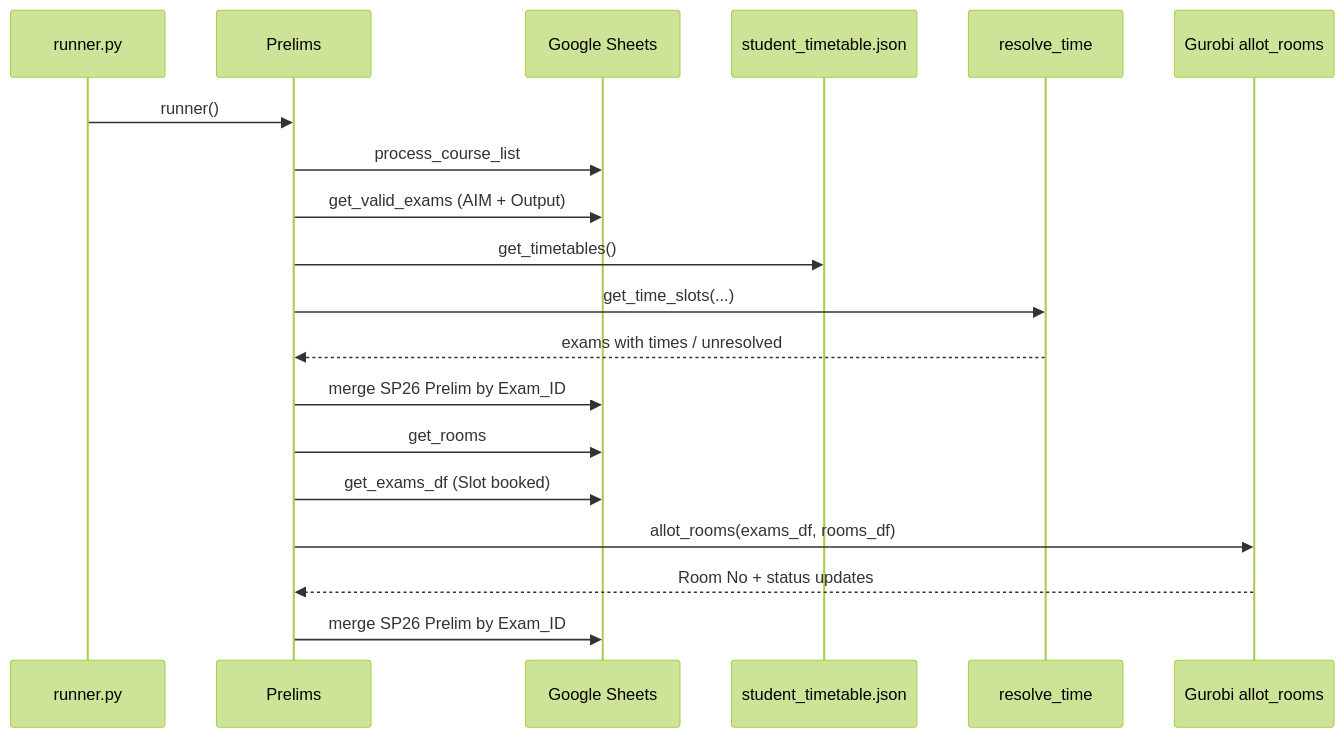
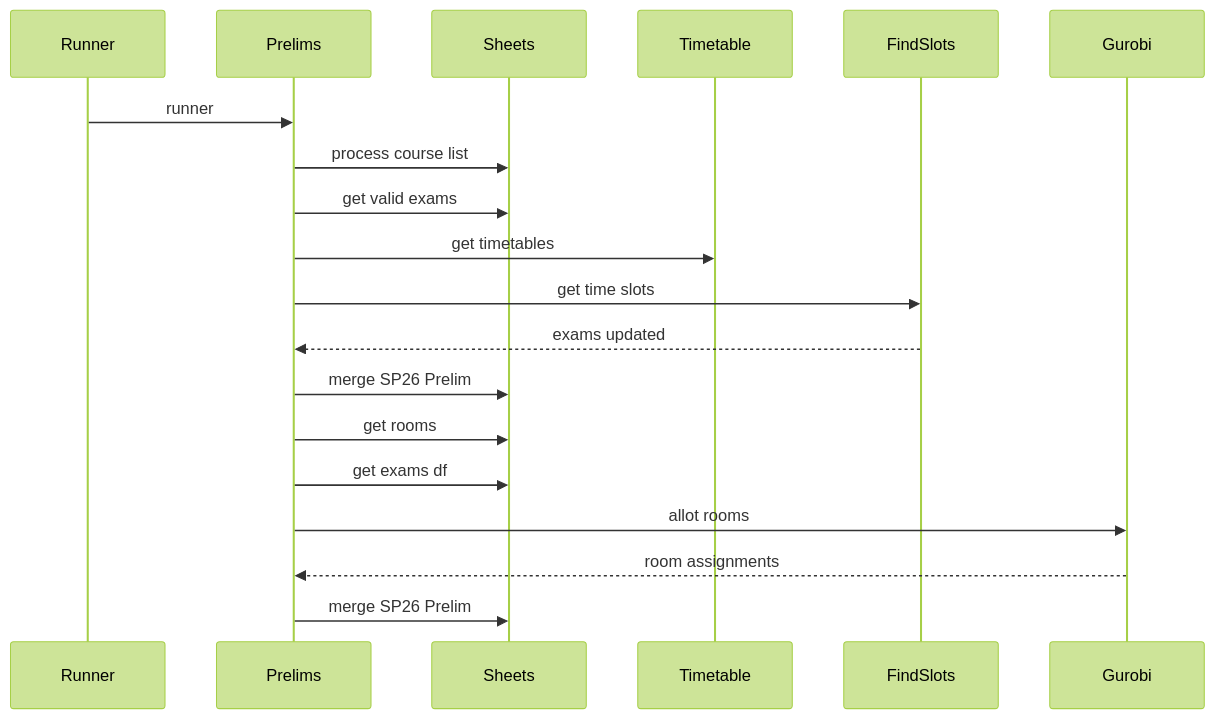
Before and after one commit to bhaveshgoyal27/SDS-ATP: the second of 2 diagrams in docs/architecture.md, drawn with Mermaid (forest theme). The commit also changed other lines of this file, not shown here.

````diff
--- a/docs/architecture.md
+++ b/docs/architecture.md
@@ -70,22 +66,22 @@
 ```mermaid
 sequenceDiagram
-  participant Runner as runner.py
-  participant Prelims as Prelims
-  participant Sheets as Google Sheets
-  participant TT as student_timetable.json
-  participant FS as resolve_time
-  participant GR as Gurobi allot_rooms
+  participant Runner
+  participant Prelims
+  participant Sheets
+  participant Timetable
+  participant FindSlots
+  participant Gurobi
 
-  Runner->>Prelims: runner()
-  Prelims->>Sheets: process_course_list
-  Prelims->>Sheets: get_valid_exams (AIM + Output)
-  Prelims->>TT: get_timetables()
-  Prelims->>FS: get_time_slots(...)
-  FS-->>Prelims: exams with times / unresolved
-  Prelims->>Sheets: merge SP26 Prelim by Exam_ID
-  Prelims->>Sheets: get_rooms
-  Prelims->>Sheets: get_exams_df (Slot booked)
-  Prelims->>GR: allot_rooms(exams_df, rooms_df)
-  GR-->>Prelims: Room No + status updates
-  Prelims->>Sheets: merge SP26 Prelim by Exam_ID
+  Runner->>Prelims: runner
+  Prelims->>Sheets: process course list
+  Prelims->>Sheets: get valid exams
+  Prelims->>Timetable: get timetables
+  Prelims->>FindSlots: get time slots
+  FindSlots-->>Prelims: exams updated
+  Prelims->>Sheets: merge SP26 Prelim
+  Prelims->>Sheets: get rooms
+  Prelims->>Sheets: get exams df
+  Prelims->>Gurobi: allot rooms
+  Gurobi-->>Prelims: room assignments
+  Prelims->>Sheets: merge SP26 Prelim
 ```
````
